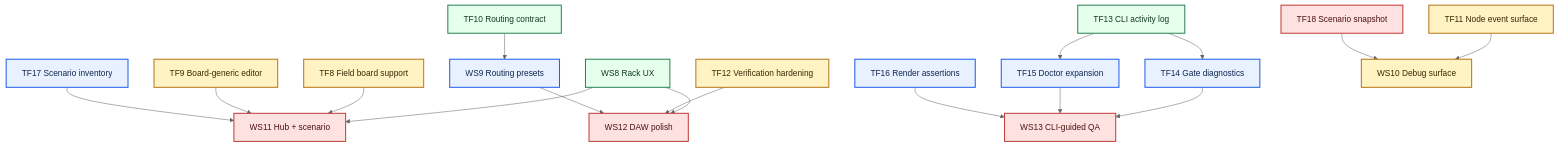
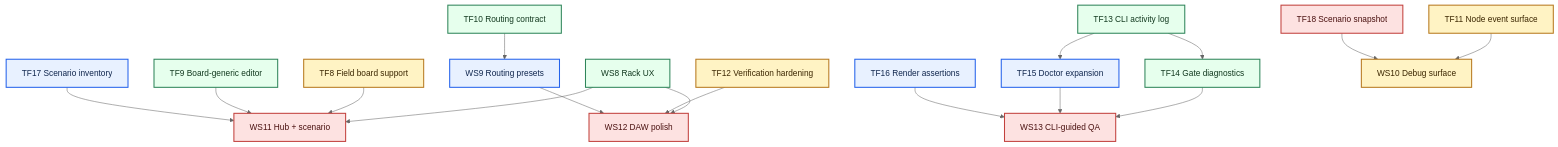
Before and after one commit to Denys/DaisyExamples: the second of 2 diagrams in DaisyHost/WORKSTREAM_TRACKER.md, drawn with Mermaid (neutral theme). The commit also changed other lines of this file and 11 other files, not shown here.

````diff
--- a/DaisyHost/WORKSTREAM_TRACKER.md
+++ b/DaisyHost/WORKSTREAM_TRACKER.md
@@ -168,41 +180,41 @@
 ```mermaid
 flowchart TD
   tf8["TF8 Field board support"]
   tf9["TF9 Board-generic editor"]
   tf10["TF10 Routing contract"]
   tf11["TF11 Node event surface"]
   tf12["TF12 Verification hardening"]
   tf13["TF13 CLI activity log"]
   tf14["TF14 Gate diagnostics"]
   tf15["TF15 Doctor expansion"]
   tf16["TF16 Render assertions"]
   tf17["TF17 Scenario inventory"]
   tf18["TF18 Scenario snapshot"]
   ws8["WS8 Rack UX"]
 
   tf13 --> tf14
   tf13 --> tf15
   tf14 --> ws13["WS13 CLI-guided QA"]
   tf15 --> ws13
   tf16 --> ws13
   tf10 --> ws9["WS9 Routing presets"]
   tf11 --> ws10["WS10 Debug surface"]
   tf18 --> ws10
   ws8 --> ws11["WS11 Hub + scenario"]
   tf8 --> ws11
   tf9 --> ws11
   tf17 --> ws11
   ws8 --> ws12["WS12 DAW polish"]
   tf12 --> ws12
   ws9 --> ws12
 
   classDef done fill:#e6ffed,stroke:#2f855a,color:#12391f,stroke-width:2px
   classDef partial fill:#fff3c4,stroke:#b7791f,color:#3b2600,stroke-width:2px
   classDef ready fill:#e8f1ff,stroke:#2563eb,color:#10264d,stroke-width:2px
   classDef blocked fill:#fde2e1,stroke:#c2413d,color:#4a1110,stroke-width:2px
 
-  class ws8,tf10,tf13 done
-  class tf8,tf9,tf11,tf12,ws10 partial
-  class ws9,tf14,tf15,tf16,tf17 ready
+  class ws8,tf9,tf10,tf13,tf14 done
+  class tf8,tf11,tf12,ws10 partial
+  class ws9,tf15,tf16,tf17 ready
   class ws11,ws12,ws13,tf18 blocked
 ```
````
